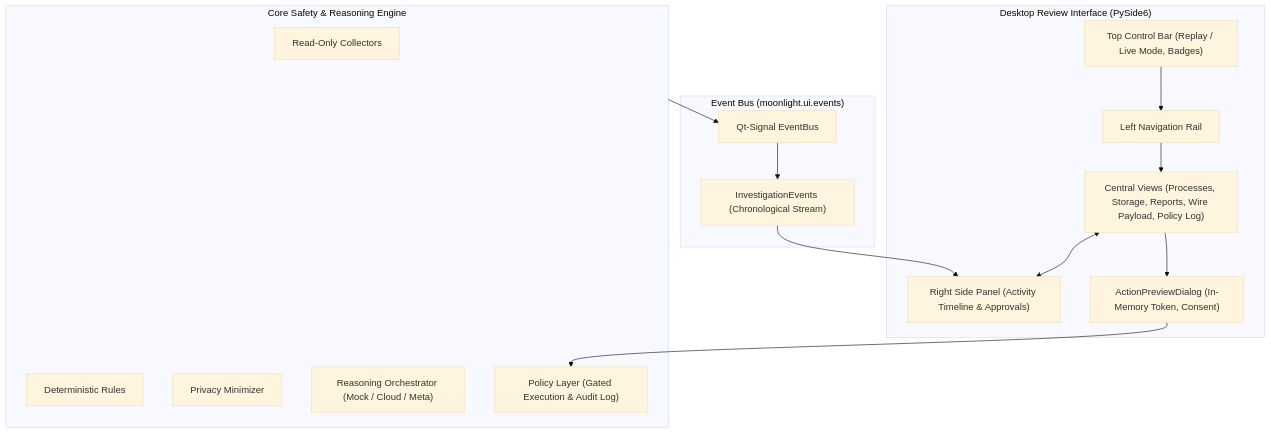
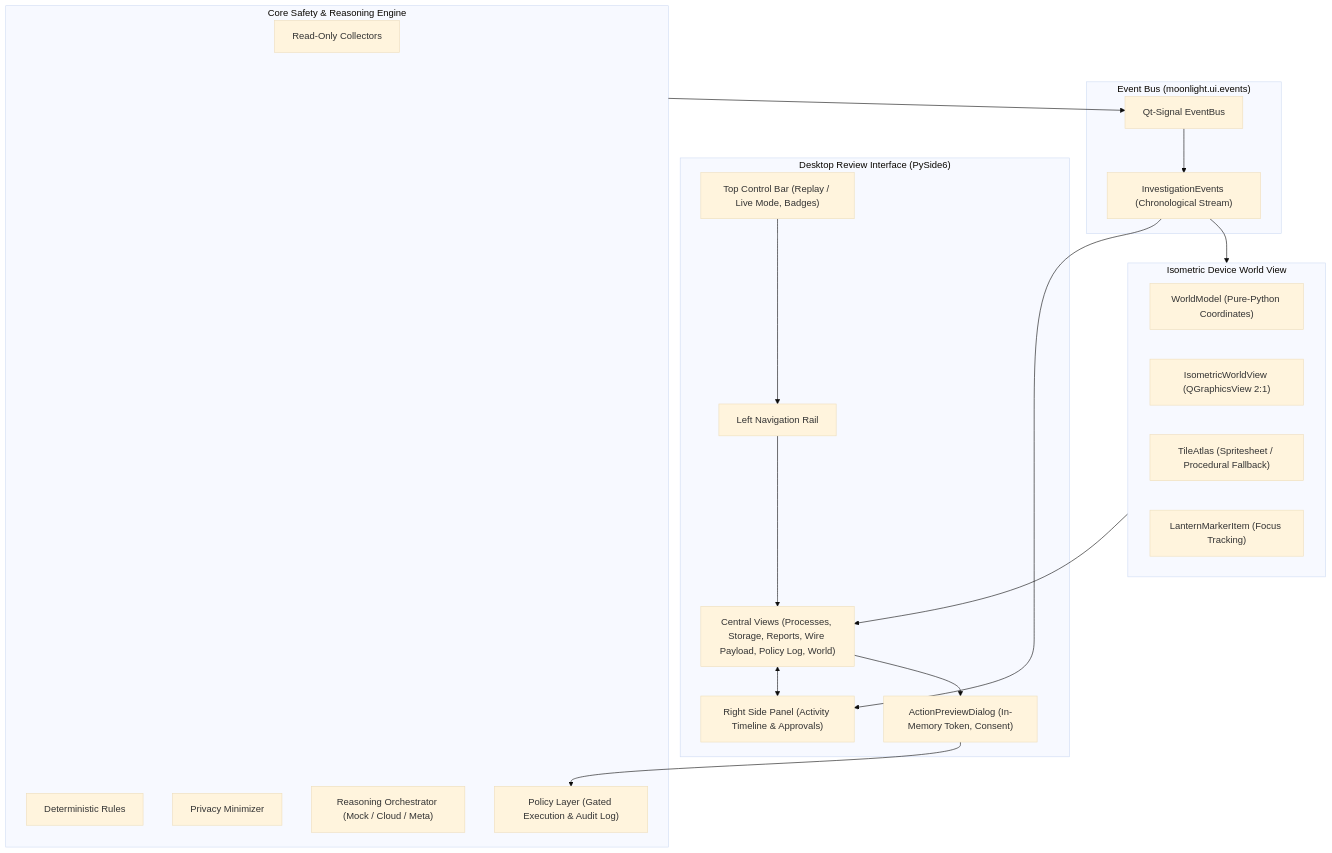
One commit to FatinShadab/moonlight changed the diagram in docs/ui.md. Above: the diagram before and after it, drawn with Mermaid (base theme). The commit also changed other lines of this file and 6 other files, not shown here.

Commit message:
docs(ui): document isometric world view, record assets, and generate screenshots

````diff
--- a/docs/ui.md
+++ b/docs/ui.md
@@ -9,32 +9,41 @@
 ```mermaid
 flowchart TD
     subgraph UI ["Desktop Review Interface (PySide6)"]
         TopBar["Top Control Bar (Replay / Live Mode, Badges)"]
         NavRail["Left Navigation Rail"]
-        CentralStack["Central Views (Processes, Storage, Reports, Wire Payload, Policy Log)"]
+        CentralStack["Central Views (Processes, Storage, Reports, Wire Payload, Policy Log, World)"]
         RightPanel["Right Side Panel (Activity Timeline & Approvals)"]
         ConsentDialog["ActionPreviewDialog (In-Memory Token, Consent)"]
+    end
+
+    subgraph WorldView ["Isometric Device World View"]
+        WorldModel["WorldModel (Pure-Python Coordinates)"]
+        Renderer["IsometricWorldView (QGraphicsView 2:1)"]
+        Atlas["TileAtlas (Spritesheet / Procedural Fallback)"]
+        Lantern["LanternMarkerItem (Focus Tracking)"]
     end
 
     subgraph Telemetry ["Event Bus (moonlight.ui.events)"]
         EventBus["Qt-Signal EventBus"]
         Events["InvestigationEvents (Chronological Stream)"]
     end
 
     subgraph Engine ["Core Safety & Reasoning Engine"]
         Collectors["Read-Only Collectors"]
         Rules["Deterministic Rules"]
         Minimizer["Privacy Minimizer"]
         Orchestrator["Reasoning Orchestrator (Mock / Cloud / Meta)"]
         Policy["Policy Layer (Gated Execution & Audit Log)"]
     end
 
     TopBar --> NavRail
     NavRail --> CentralStack
     CentralStack <--> RightPanel
     CentralStack --> ConsentDialog
     ConsentDialog --> Policy
     Engine --> EventBus
     EventBus --> Events
     Events --> RightPanel
+    Events --> WorldView
+    WorldView --> CentralStack
 ```
````
